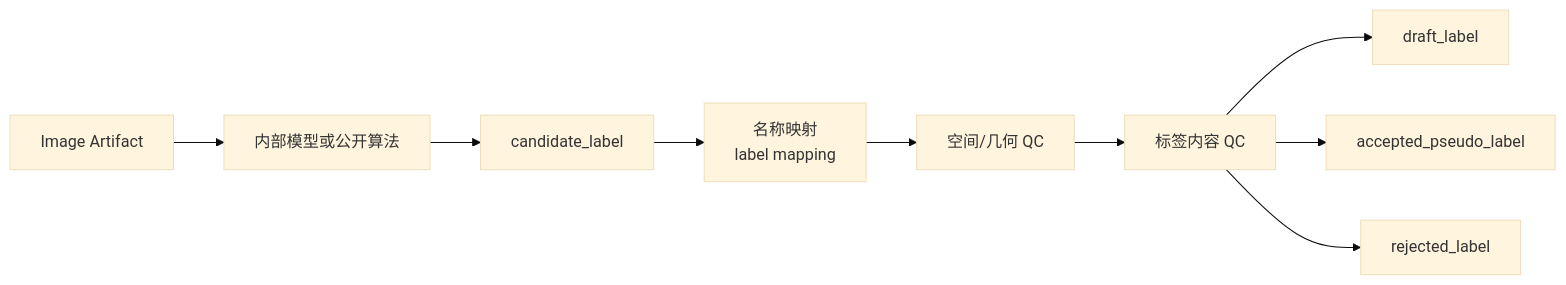
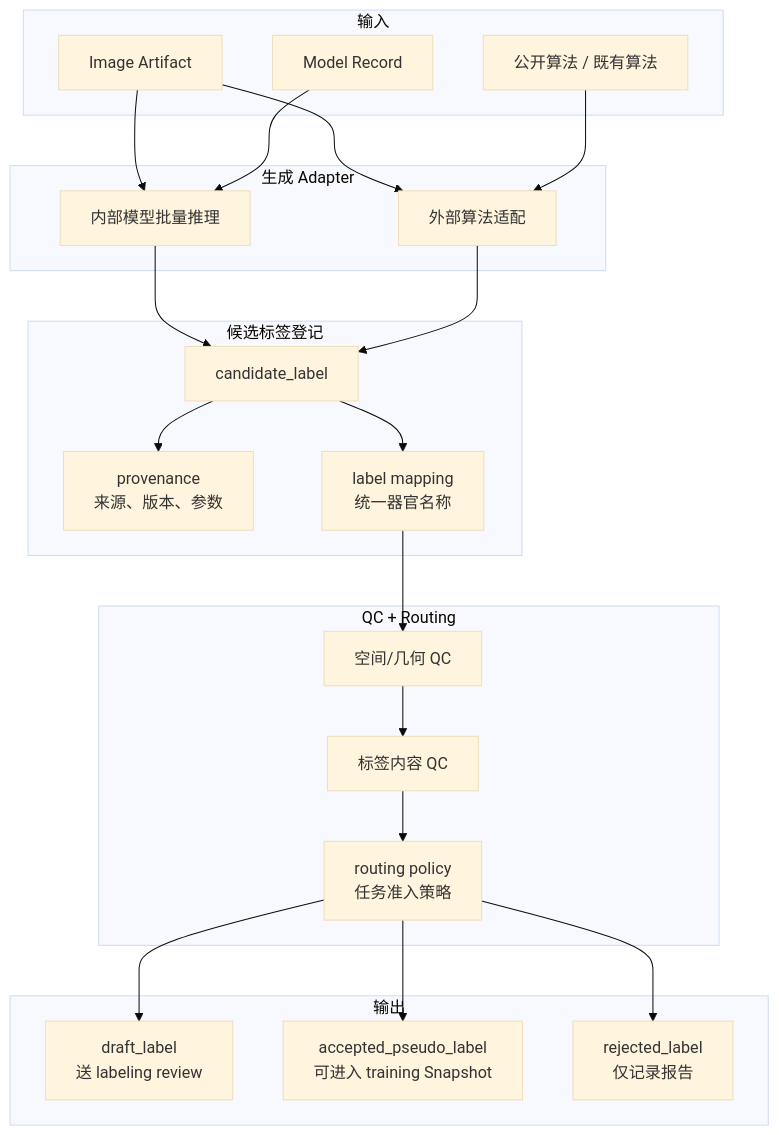
One commit to ShijianRuan/SegmentationPlatform changed the diagram in docs/domains/label_generation/README.md. Above: the diagram before and after it, drawn with Mermaid (base theme). The commit also changed other lines of this file and 7 other files, not shown here.

````diff
--- a/docs/domains/label_generation/README.md
+++ b/docs/domains/label_generation/README.md
@@ -35,24 +35,49 @@
 ```mermaid
-flowchart LR
+flowchart TB
     accTitle: Label Generation Flow
-    accDescr: Label generation turns model or public algorithm outputs into candidate labels, then routes them to review, accepted pseudo labels, or rejection.
+    accDescr: Label generation turns internal models or external algorithms into candidate labels, checks them, and routes them to review, accepted pseudo labels, or rejection.
 
-    image["Image Artifact"]
-    source["内部模型或公开算法"]
-    candidate["candidate_label"]
-    mapping["名称映射<br/>label mapping"]
-    geometry["空间/几何 QC"]
-    content["标签内容 QC"]
-    draft["draft_label"]
-    accepted["accepted_pseudo_label"]
-    rejected["rejected_label"]
+    subgraph Inputs["输入"]
+        image["Image Artifact"]
+        model["Model Record"]
+        ext["公开算法 / 既有算法"]
+    end
 
-    image --> source
-    source --> candidate
+    subgraph Adapter["生成 Adapter"]
+        internal["内部模型批量推理"]
+        external["外部算法适配"]
+    end
+
+    subgraph Candidate["候选标签登记"]
+        candidate["candidate_label"]
+        provenance["provenance<br/>来源、版本、参数"]
+        mapping["label mapping<br/>统一器官名称"]
+    end
+
+    subgraph Gates["QC + Routing"]
+        geometry["空间/几何 QC"]
+        content["标签内容 QC"]
+        policy["routing policy<br/>任务准入策略"]
+    end
+
+    subgraph Outputs["输出"]
+        draft["draft_label<br/>送 labeling review"]
+        accepted["accepted_pseudo_label<br/>可进入 training Snapshot"]
+        rejected["rejected_label<br/>仅记录报告"]
+    end
+
+    image --> internal
+    model --> internal
+    image --> external
+    ext --> external
+    internal --> candidate
+    external --> candidate
+    candidate --> provenance
     candidate --> mapping
     mapping --> geometry
     geometry --> content
-    content --> draft
-    content --> accepted
-    content --> rejected
+    content --> policy
+    policy --> draft
+    policy --> accepted
+    policy --> rejected
 ```
````
